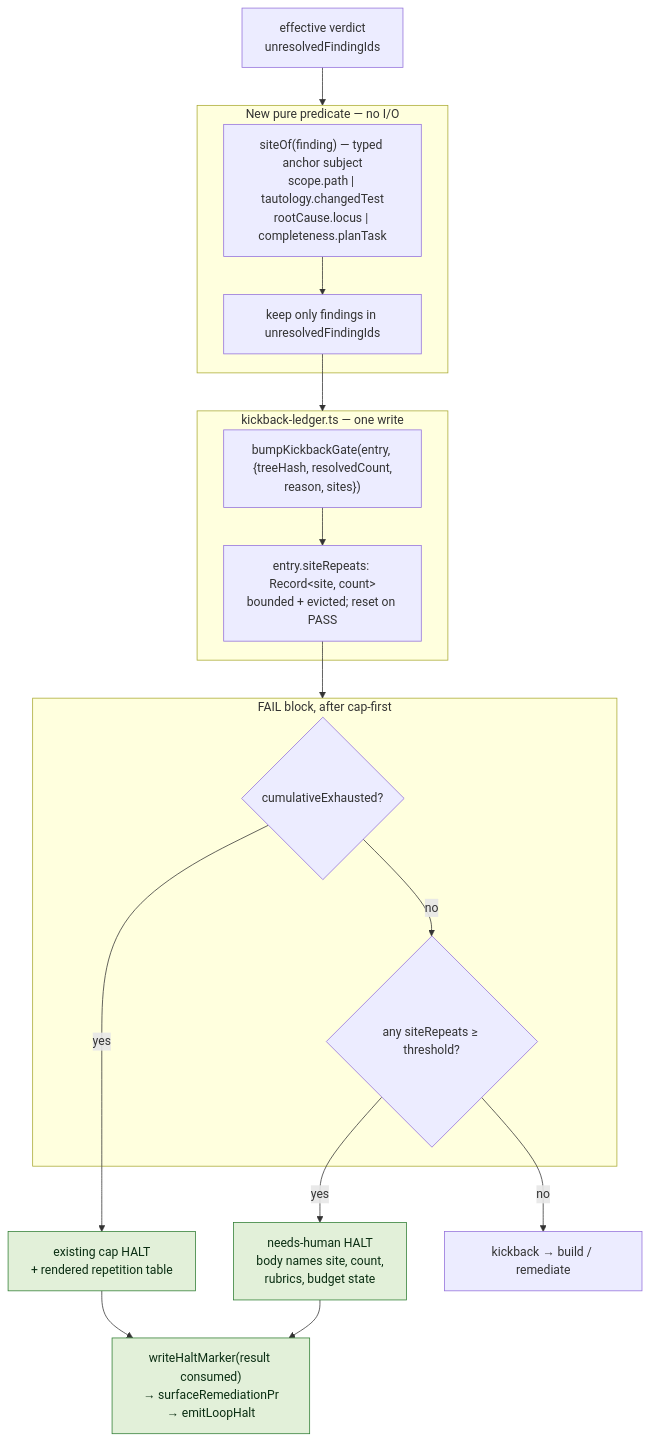
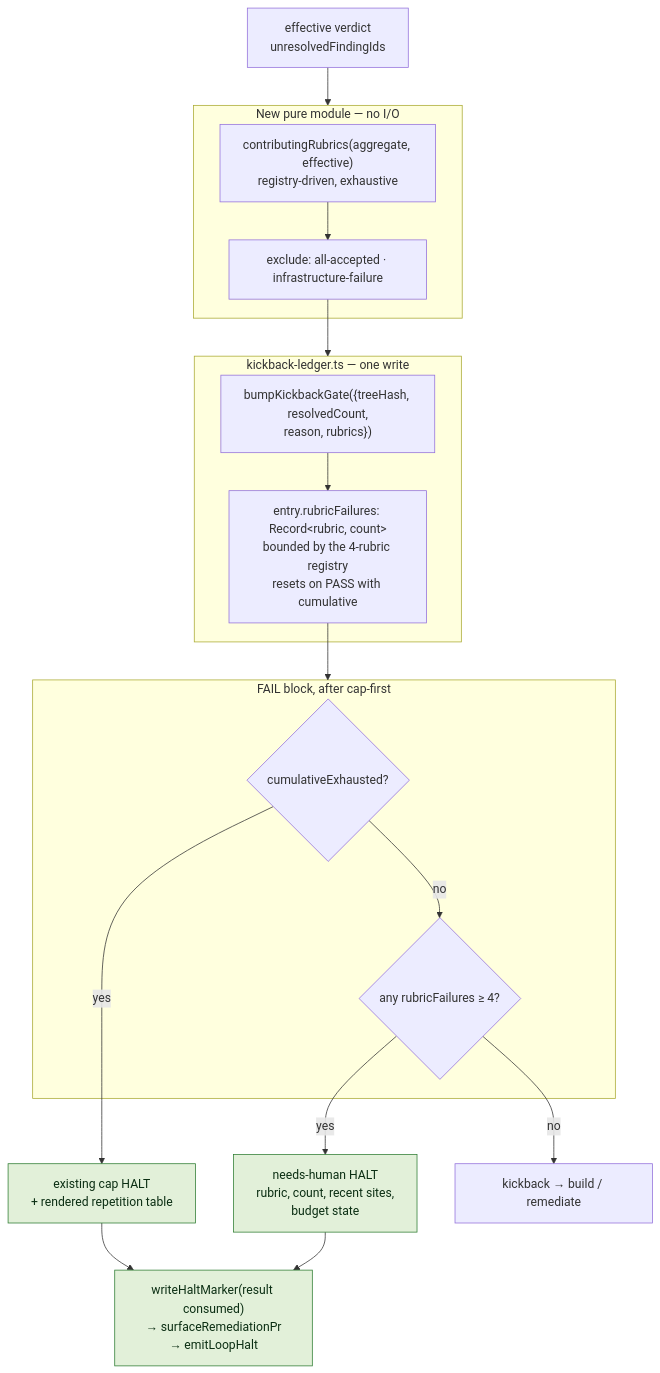
Before and after one commit to jstoup111/ai-conductor: the third of 4 diagrams in .docs/architecture/the-engine-cannot-detect-its-own-spinning-operator.md, drawn with Mermaid. The commit also changed other lines of this file and 9 other files, not shown here.

First line of the commit message:
spec: re-key the build_review spin bound from site to rubric on measured evidence

````diff
--- a/.docs/architecture/the-engine-cannot-detect-its-own-spinning-operator.md
+++ b/.docs/architecture/the-engine-cannot-detect-its-own-spinning-operator.md
@@ -81,34 +76,34 @@
 ```mermaid
 graph TD
-  EFF["effective verdict<br/>unresolvedFindingIds"] --> SITES
+  EFF["effective verdict<br/>unresolvedFindingIds"] --> DERIVE
 
-  subgraph SITES["New pure predicate — no I/O"]
-    EXTRACT["siteOf(finding) — typed anchor subject<br/>scope.path | tautology.changedTest<br/>rootCause.locus | completeness.planTask"]
-    FILTER["keep only findings in unresolvedFindingIds"]
+  subgraph DERIVE["New pure module — no I/O"]
+    CR["contributingRubrics(aggregate, effective)<br/>registry-driven, exhaustive"]
+    EX["exclude: all-accepted · infrastructure-failure"]
   end
 
-  EXTRACT --> FILTER --> BUMP
+  CR --> EX --> BUMP
 
   subgraph BUMP["kickback-ledger.ts — one write"]
-    B["bumpKickbackGate(entry, {treeHash, resolvedCount,<br/>reason, sites})"]
-    E["entry.siteRepeats: Record&lt;site, count&gt;<br/>bounded + evicted; reset on PASS"]
+    B["bumpKickbackGate({treeHash, resolvedCount,<br/>reason, rubrics})"]
+    E["entry.rubricFailures: Record&lt;rubric, count&gt;<br/>bounded by the 4-rubric registry<br/>resets on PASS with cumulative"]
   end
 
   B --> E --> DECIDE
 
   subgraph DECIDE["FAIL block, after cap-first"]
     CAPQ{"cumulativeExhausted?"}
-    SITEQ{"any siteRepeats ≥ threshold?"}
+    RQ{"any rubricFailures ≥ 4?"}
   end
 
   CAPQ -->|"yes"| CAPHALT["existing cap HALT<br/>+ rendered repetition table"]
-  CAPQ -->|"no"| SITEQ
-  SITEQ -->|"yes"| NEWHALT["needs-human HALT<br/>body names site, count,<br/>rubrics, budget state"]
-  SITEQ -->|"no"| ROUTE["kickback → build / remediate"]
+  CAPQ -->|"no"| RQ
+  RQ -->|"yes"| NEWHALT["needs-human HALT<br/>rubric, count, recent sites,<br/>budget state"]
+  RQ -->|"no"| ROUTE["kickback → build / remediate"]
 
   NEWHALT --> SEQ["writeHaltMarker(result consumed)<br/>→ surfaceRemediationPr<br/>→ emitLoopHalt"]
   CAPHALT --> SEQ
 
   classDef ok fill:#e2f0d9,stroke:#2e7d32,color:#0b2e13;
   class NEWHALT,CAPHALT,SEQ ok;
 ```
````
